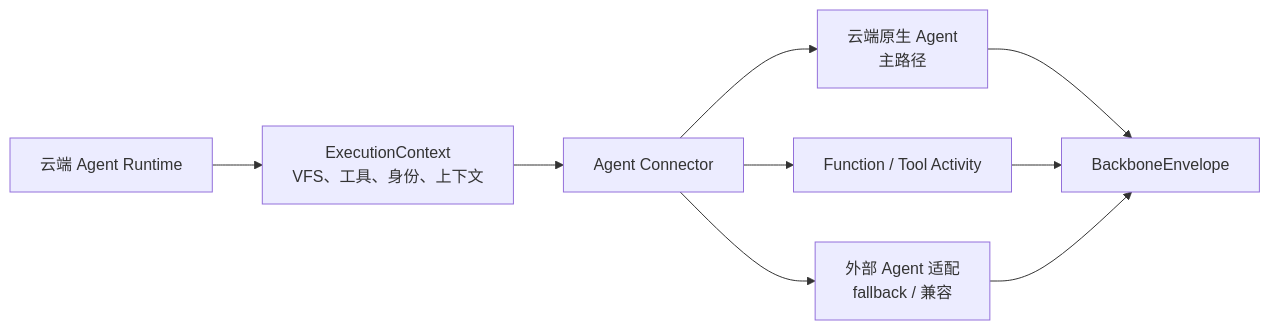
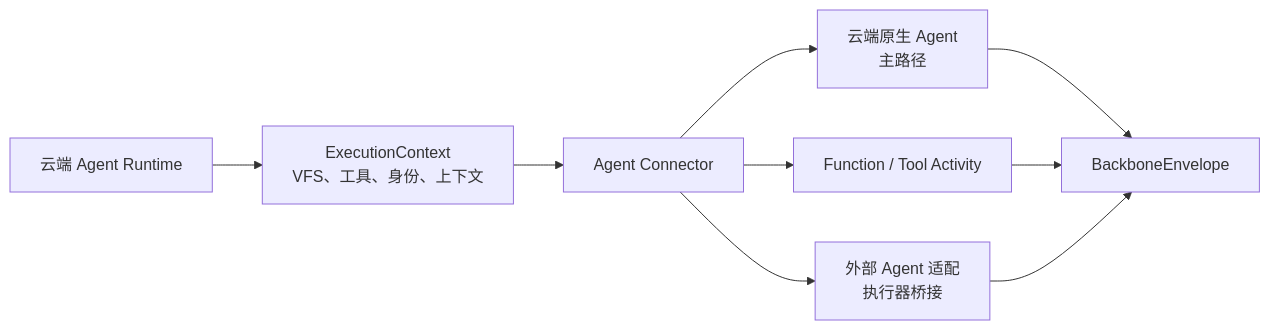
The third of 5 diagrams in README.md (syan2018/AgentDash), drawn with Mermaid before and after one commit. The commit also changed other lines of this file, not shown here.

````diff
--- a/README.md
+++ b/README.md
@@ -78,18 +92,18 @@
 ```mermaid
 flowchart LR
     Runtime["云端 Agent Runtime"]
     Context["ExecutionContext<br/>VFS、工具、身份、上下文"]
     Connector["Agent Connector"]
     CloudAgent["云端原生 Agent<br/>主路径"]
     Function["Function / Tool Activity"]
-    External["外部 Agent 适配<br/>fallback / 兼容"]
+    External["外部 Agent 适配<br/>执行器桥接"]
     Events["BackboneEnvelope"]
 
     Runtime --> Context --> Connector
     Connector --> CloudAgent
     Connector --> Function
     Connector --> External
     CloudAgent --> Events
     Function --> Events
     External --> Events
 ```
````
